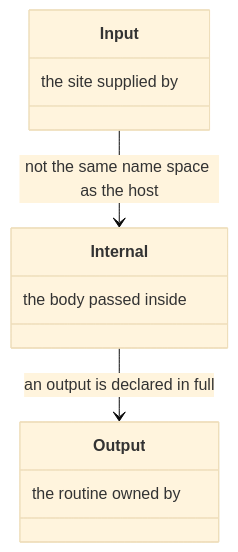
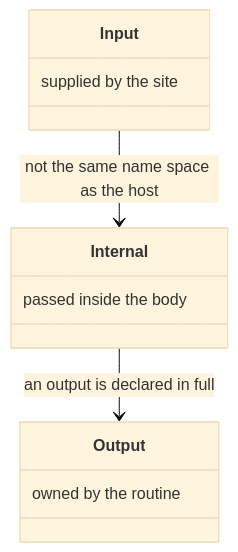
Before and after one commit to m2ux/workflow-server: the fourth of 8 diagrams in docs/routine.md, drawn with Mermaid (base theme). The commit also changed other lines of this file and 10 other files, not shown here.

Commit message:
Write each class-box note in reading order so the diagram shows the phrase as written.

````diff
--- a/docs/routine.md
+++ b/docs/routine.md
@@ -90,14 +90,14 @@
 ```mermaid
 classDiagram
   class Input {
-    the site supplied by
+    supplied by the site
   }
   class Internal {
-    the body passed inside
+    passed inside the body
   }
   class Output {
-    the routine owned by
+    owned by the routine
   }
   Input --> Internal : not the same name space as the host
   Internal --> Output : an output is declared in full
 ```
````
